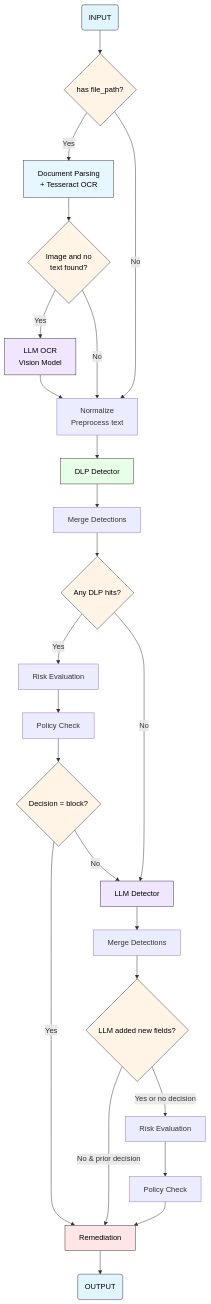
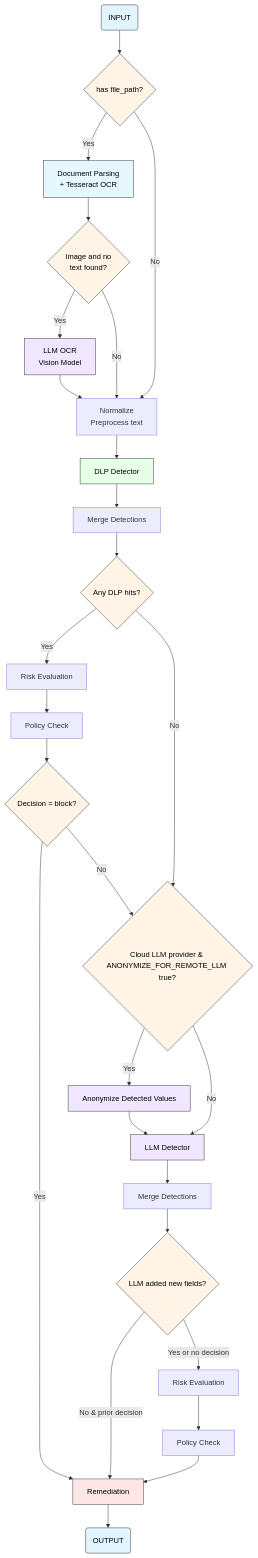
One commit to xHugo21/sensitive-data-detector changed the diagram in multiagent-firewall/README.md. Above: the diagram before and after it, drawn with Mermaid.

Commit message:
docs: update mermaid graph to add anonymizer node

````diff
--- a/multiagent-firewall/README.md
+++ b/multiagent-firewall/README.md
@@ -9,50 +9,56 @@
 ```mermaid
 flowchart TD
     Start(INPUT) --> HasFile{has file_path?}
     
     HasFile -->|Yes| Document[Document Parsing<br/>+ Tesseract OCR]
     HasFile -->|No| Normalize[Normalize<br/>Preprocess text]
     
     Document --> NeedsLLMOCR{Image and no<br/>text found?}
     NeedsLLMOCR -->|Yes| LLMOCR[LLM OCR<br/>Vision Model]
     NeedsLLMOCR -->|No| Normalize
     
     LLMOCR --> Normalize
     Normalize --> DLP[DLP Detector]
     
     DLP --> MergeDLP[Merge Detections]
     MergeDLP --> HasDLP{Any DLP hits?}
     HasDLP -->|Yes| RiskDLP[Risk Evaluation]
-    HasDLP -->|No| LLM[LLM Detector]
+    HasDLP -->|No| ShouldAnonymize{Cloud LLM provider & ANONYMIZE_FOR_REMOTE_LLM true?}
     
     RiskDLP --> PolicyDLP[Policy Check]
     
     PolicyDLP --> DecisionBlock{Decision = block?}
     
     DecisionBlock -->|Yes| Remediation[Remediation]
-    DecisionBlock -->|No| LLM[LLM Detector]
+    DecisionBlock -->|No| ShouldAnonymize
+    
+    ShouldAnonymize -->|Yes| Anonymize[Anonymize Detected Values]
+    ShouldAnonymize -->|No| LLM[LLM Detector]
+    Anonymize --> LLM[LLM Detector]
     
     LLM --> MergeFinal[Merge Detections]
     MergeFinal --> FinalRoute{LLM added new fields?}
     FinalRoute -->|No & prior decision| Remediation
     FinalRoute -->|Yes or no decision| RiskFinal[Risk Evaluation]
     RiskFinal --> PolicyFinal[Policy Check]
     
     PolicyFinal --> Remediation
     
     Remediation --> End(OUTPUT)
     
     style Start fill:#e1f5ff,stroke:#333,color:#000
     style End fill:#e1f5ff,stroke:#333,color:#000
     style HasFile fill:#fff4e6,stroke:#333,color:#000
     style NeedsLLMOCR fill:#fff4e6,stroke:#333,color:#000
     style HasDLP fill:#fff4e6,stroke:#333,color:#000
     style FinalRoute fill:#fff4e6,stroke:#333,color:#000
     style DecisionBlock fill:#fff4e6,stroke:#333,color:#000
     style Document fill:#e6f7ff,stroke:#333,color:#000
     style LLMOCR fill:#f0e6ff,stroke:#333,color:#000
+    style ShouldAnonymize fill:#fff4e6,stroke:#333,color:#000
+    style Anonymize fill:#f0e6ff,stroke:#333,color:#000
     style LLM fill:#f0e6ff,stroke:#333,color:#000
     style DLP fill:#e6ffe6,stroke:#333,color:#000
     style Remediation fill:#ffe6e6,stroke:#333,color:#000
 
 ```
````
